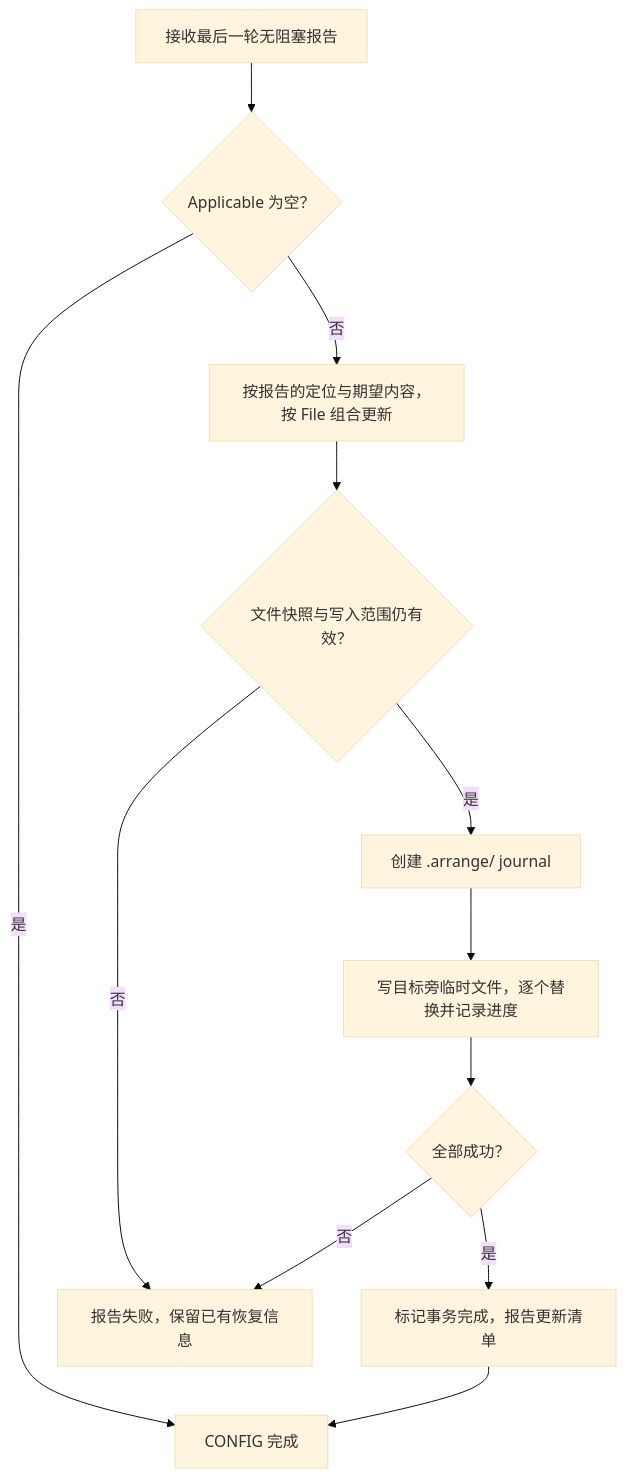
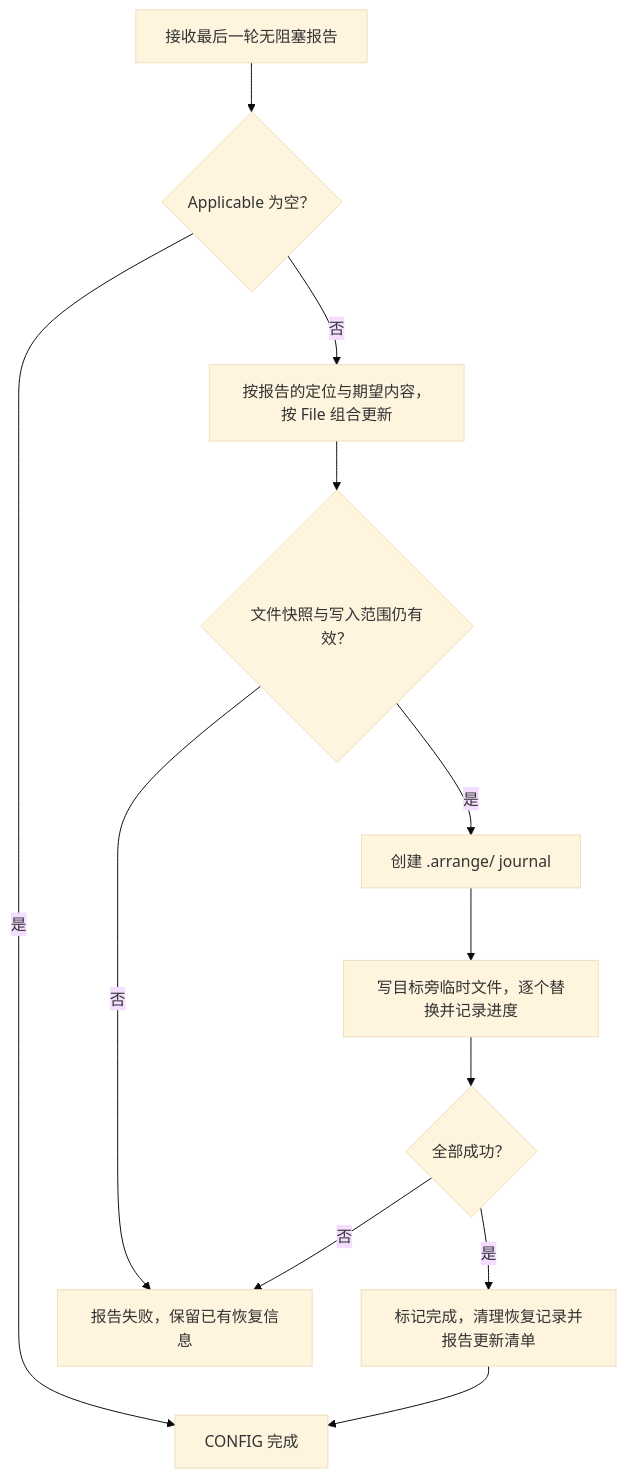
One commit to EarzuChan/Arrange changed the seventh of 12 diagrams in docs/proj/m2/2/命令定义.md. Above: the diagram before and after it, drawn with Mermaid (base theme). The commit also changed other lines of this file and 210 other files, not shown here.

````diff
--- a/docs/proj/m2/2/命令定义.md
+++ b/docs/proj/m2/2/命令定义.md
@@ -225,14 +225,14 @@
 ```mermaid
 flowchart TD
     A["接收最后一轮无阻塞报告"] --> B{"Applicable 为空？"}
     B -->|是| DONE["CONFIG 完成"]
     B -->|否| C["按报告的定位与期望内容，按 File 组合更新"]
     C --> D{"文件快照与写入范围仍有效？"}
     D -->|否| FAIL["报告失败，保留已有恢复信息"]
     D -->|是| E["创建 .arrange/ journal"]
     E --> F["写目标旁临时文件，逐个替换并记录进度"]
     F --> G{"全部成功？"}
     G -->|否| FAIL
-    G -->|是| H["标记事务完成，报告更新清单"]
+    G -->|是| H["标记完成，清理恢复记录并报告更新清单"]
     H --> DONE
 ```
````
